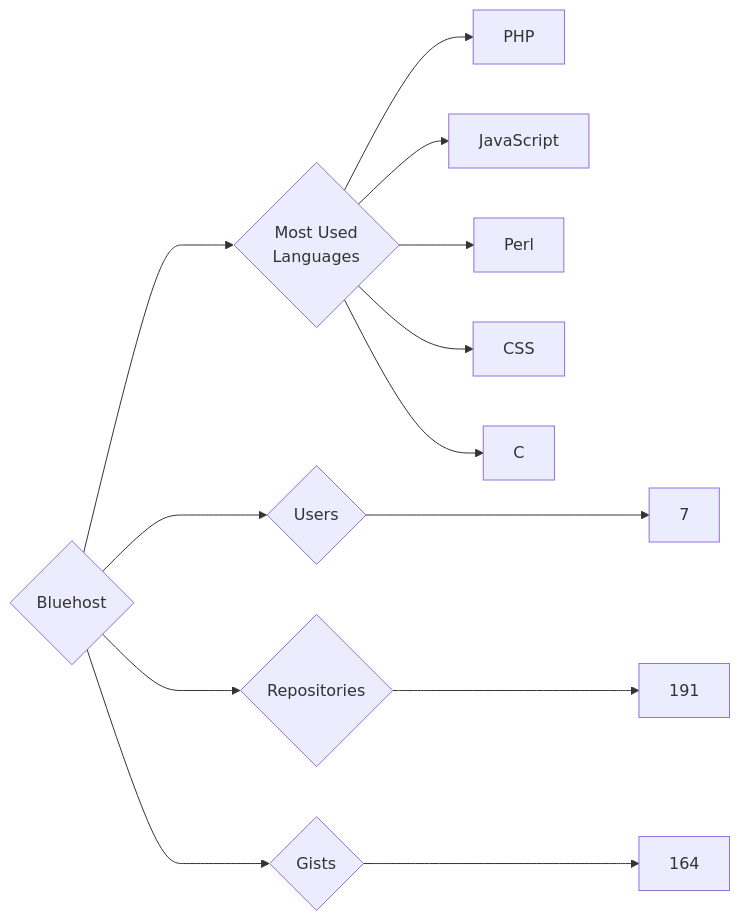
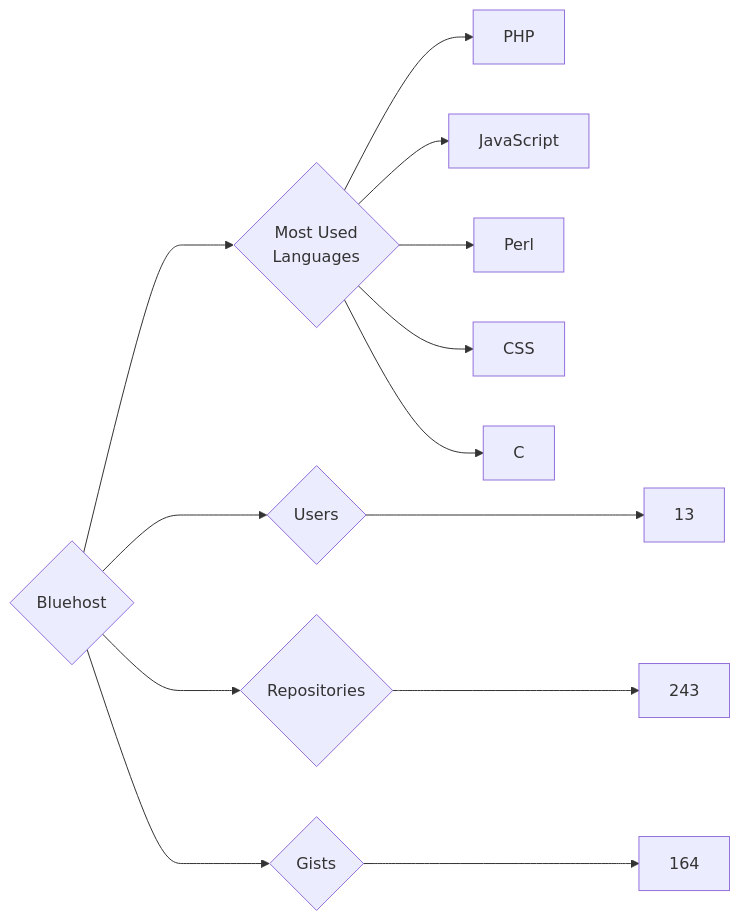
One commit to trickest/insiders changed the diagram in targets/Bluehost/README.md. Above: the diagram before and after it, drawn with Mermaid. The commit also changed 927 other files, not shown here.

````diff
--- a/targets/Bluehost/README.md
+++ b/targets/Bluehost/README.md
@@ -3,13 +3,13 @@
 ```mermaid
 graph LR
 COMPANY_NAME{Bluehost}
-COMPANY_NAME ---> U{Users} ---> UN[7]
-COMPANY_NAME ---> R{Repositories} ---> RN[191]
+COMPANY_NAME ---> U{Users} ---> UN[13]
+COMPANY_NAME ---> R{Repositories} ---> RN[243]
 COMPANY_NAME ---> G{Gists} ---> GN[164]
 COMPANY_NAME ---> ML{Most Used<br>Languages}
 ML --> PHP[PHP]
 ML --> JavaScript[JavaScript]
 ML --> Perl[Perl]
 ML --> CSS[CSS]
 ML --> C[C]
 ```
````
